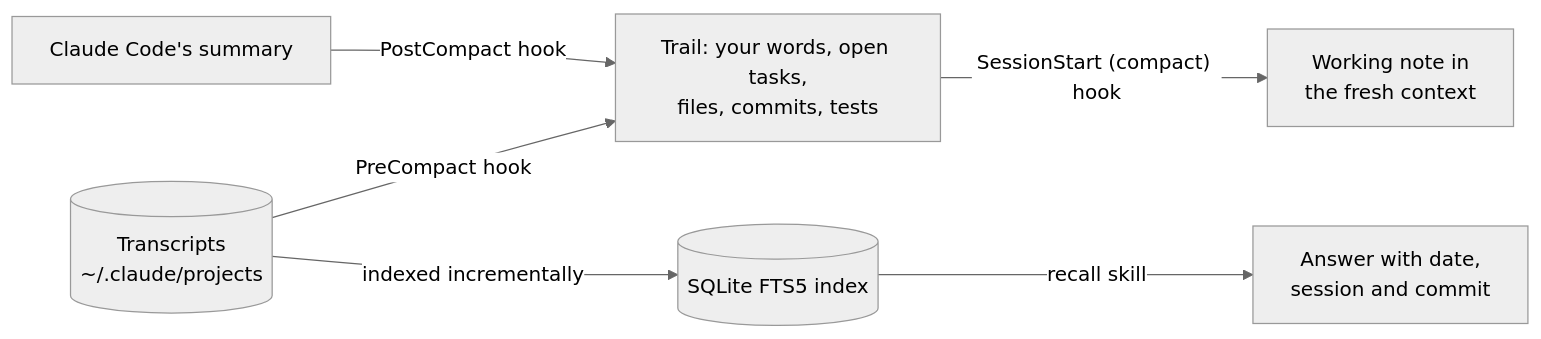
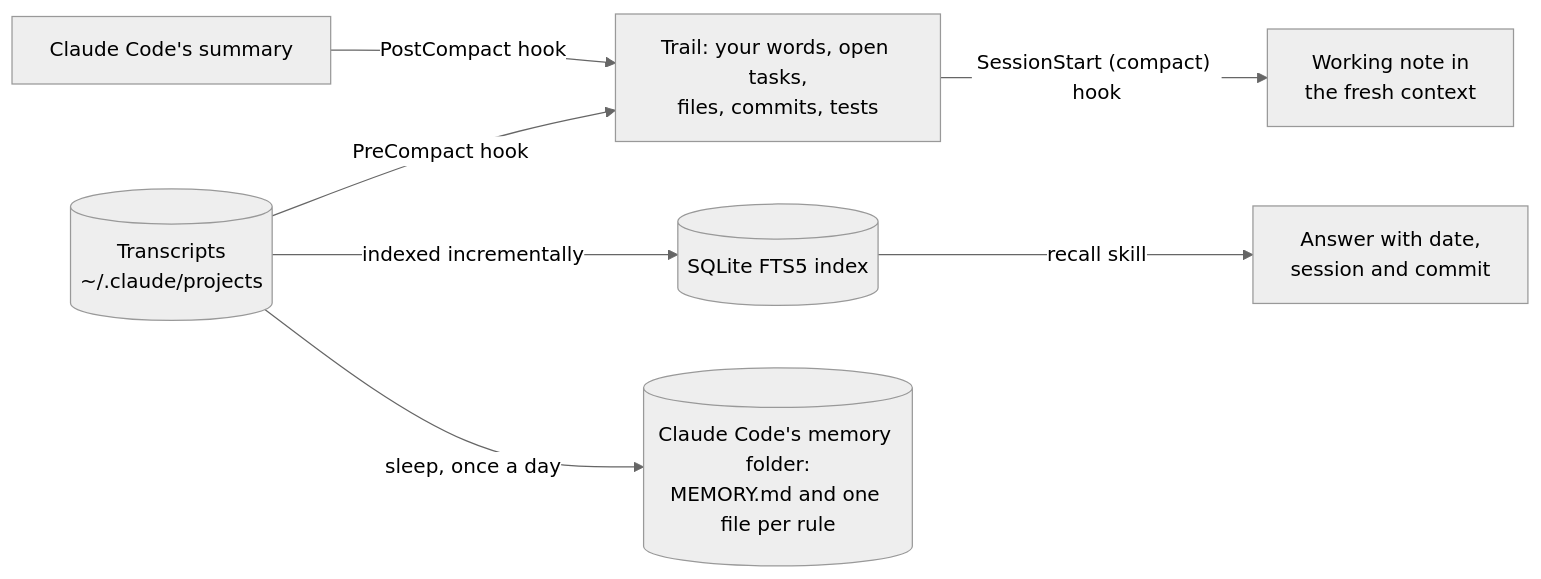
Before and after one commit to cihanatak/lr-memory: the diagram in README.md, drawn with Mermaid (neutral theme). The commit also changed other lines of this file and 12 other files, not shown here.

First line of the commit message:
lr-memory 0.2.0: sleep turns the user's own words into memory rules

````diff
--- a/README.md
+++ b/README.md
@@ -48,8 +55,9 @@
 ```mermaid
 flowchart LR
   T[("Transcripts<br/>~/.claude/projects")] -->|PreCompact hook| R["Trail: your words, open tasks,<br/>files, commits, tests"]
   S["Claude Code's summary"] -->|PostCompact hook| R
   R -->|"SessionStart (compact) hook"| N["Working note in<br/>the fresh context"]
   T -->|"indexed incrementally"| I[("SQLite FTS5 index")]
   I -->|"recall skill"| A["Answer with date,<br/>session and commit"]
+  T -->|"sleep, once a day"| M[("Claude Code's memory folder:<br/>MEMORY.md and one file per rule")]
 ```
````
